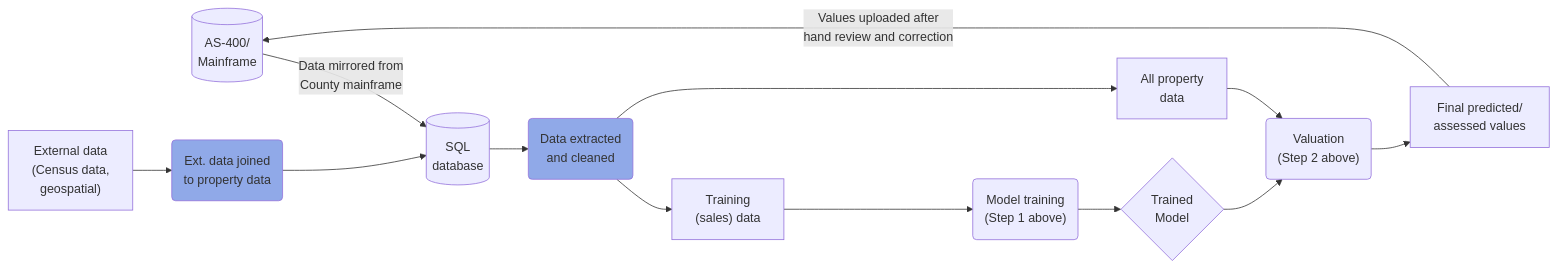
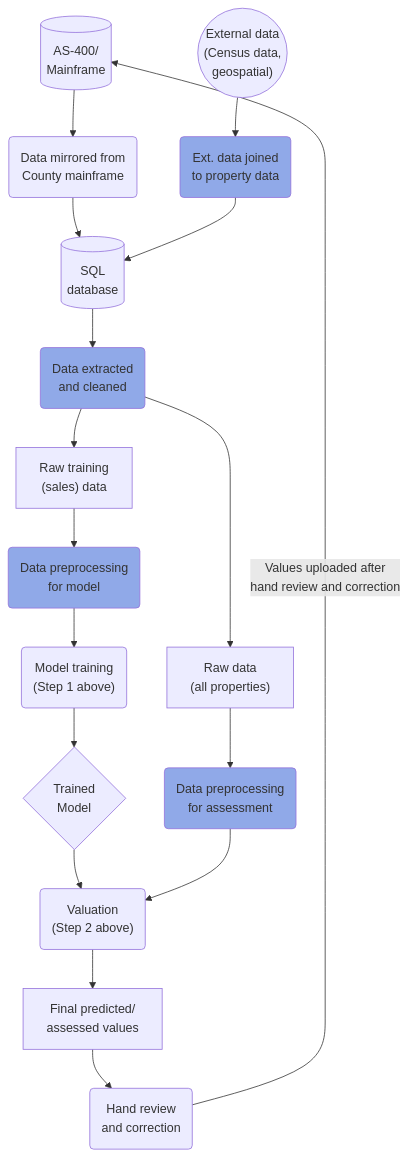
Before and after one commit to ccao-data/model-res-avm: the diagram in README.Rmd, drawn with Mermaid. The commit also changed other lines of this file and 1 other file, not shown here.

````diff
--- a/README.Rmd
+++ b/README.Rmd
@@ -42,35 +43,47 @@
-``` mermaid
-graph LR
+```mermaid
+graph TB
     as400[("AS-400/<br>Mainframe")]
-    ext_data["External data<br>(Census data,<br>geospatial)"]
+    mirror("Data mirrored from<br>County mainframe")
+    ext_data(("External data<br>(Census data,<br>geospatial)"))
     etl_pinlocations("Ext. data joined<br>to property data")
     sql[("SQL<br>database")]
     etl_res_data("Data extracted<br>and cleaned")
-    data_train["Training<br>(sales) data"]
-    data_ass["All property<br>data"]
+    data_train["Raw training<br>(sales) data"]
+    data_ass["Raw data<br>(all properties)"]
 
+    prep1("Data preprocessing<br>for model")
+    prep2("Data preprocessing<br>for assessment")
     model_step1("Model training<br>(Step 1 above)")
     model_step2("Valuation<br>(Step 2 above)")
     model{"Trained<br>Model"}
     final_vals["Final predicted/<br>assessed values"]
+    desk_review("Hand review<br>and correction")
 
     click etl_res_data "https://gitlab.com/ccao-data-science---modeling/processes/etl_res_data"
     click etl_pinlocations "https://gitlab.com/ccao-data-science---modeling/processes/etl_pinlocations"
+    click prep1 "https://gitlab.com/ccao-data-science---modeling/models/ccao_res_avm/-/blob/master/R/recipes.R#L5"
+    click prep2 "https://gitlab.com/ccao-data-science---modeling/models/ccao_res_avm/-/blob/master/R/recipes.R#L5"
 
     classDef Link fill:#90a9e8;
     class etl_res_data Link;
     class etl_pinlocations Link;
+    class prep1 Link;
+    class prep2 Link;
 
-    as400 -->|"Data mirrored from<br>County mainframe"| sql
+    as400 --> mirror
+    mirror --> sql
     ext_data --> etl_pinlocations
     etl_pinlocations --> sql
     sql --> etl_res_data
     etl_res_data --> data_train
     etl_res_data --> data_ass
-    data_train --> model_step1
+    data_train --> prep1
+    prep1 --> model_step1
     model_step1 --> model
     model --> model_step2
-    data_ass --> model_step2
+    data_ass --> prep2
+    prep2 --> model_step2
     model_step2 --> final_vals
-    final_vals -->|"Values uploaded after<br>hand review and correction"| as400
+    final_vals --> desk_review
+    desk_review -->|"Values uploaded after<br>hand review and correction"| as400
 ```
````
